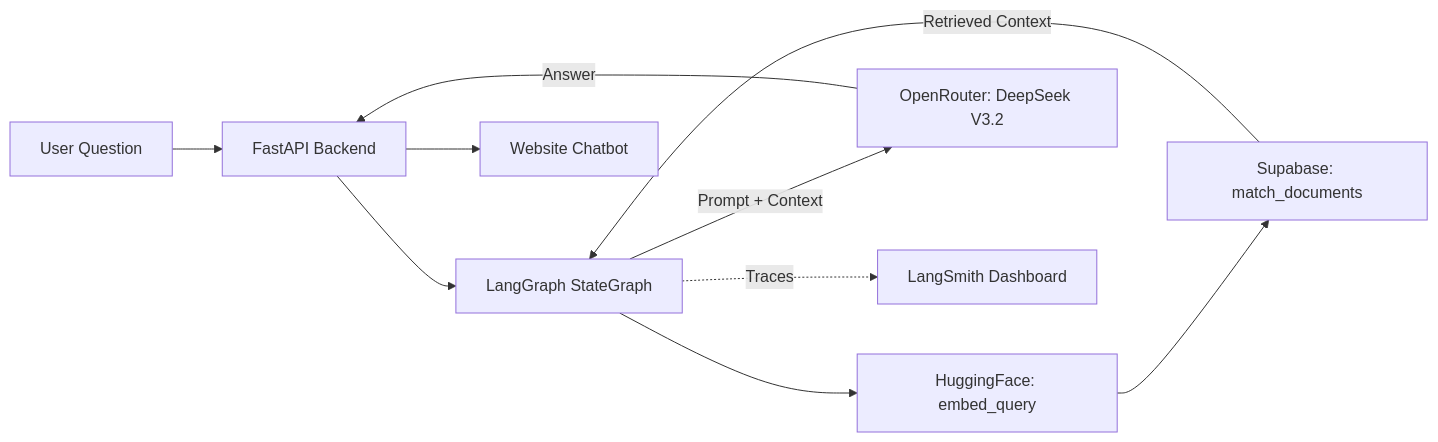
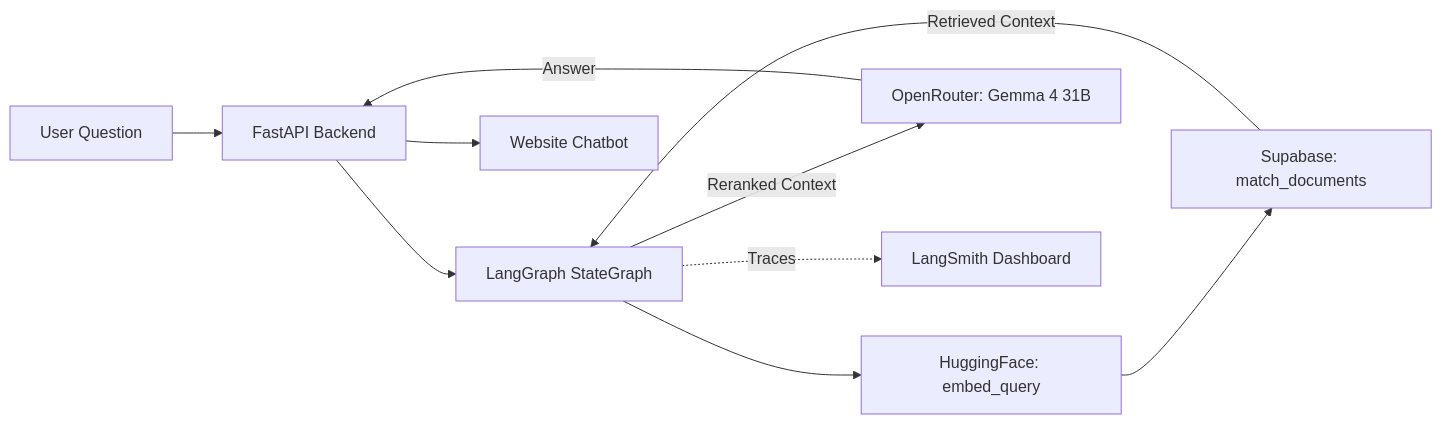
One commit to Mithil0723/Mithil0723.github.io changed the diagram in rag_agent_guide.md. Above: the diagram before and after it, drawn with Mermaid. The commit also changed other lines of this file and 1 other file, not shown here.

Commit message:
docs: update RAG chatbot content for Gemma 4 31B, cross-encoder reranking, 4-node pipeline

````diff
--- a/rag_agent_guide.md
+++ b/rag_agent_guide.md
@@ -10,12 +10,12 @@
 ```mermaid
 graph LR
     User[User Question] --> API[FastAPI Backend]
     API --> Graph[LangGraph StateGraph]
     Graph --> Embed[HuggingFace: embed_query]
     Embed --> Supabase[Supabase: match_documents]
     Supabase -- Retrieved Context --> Graph
-    Graph -- Prompt + Context --> LLM[OpenRouter: DeepSeek V3.2]
+    Graph -- Reranked Context --> LLM[OpenRouter: Gemma 4 31B]
     LLM -- Answer --> API
     API --> Frontend[Website Chatbot]
     Graph -.->|Traces| LangSmith[LangSmith Dashboard]
 ```
````
